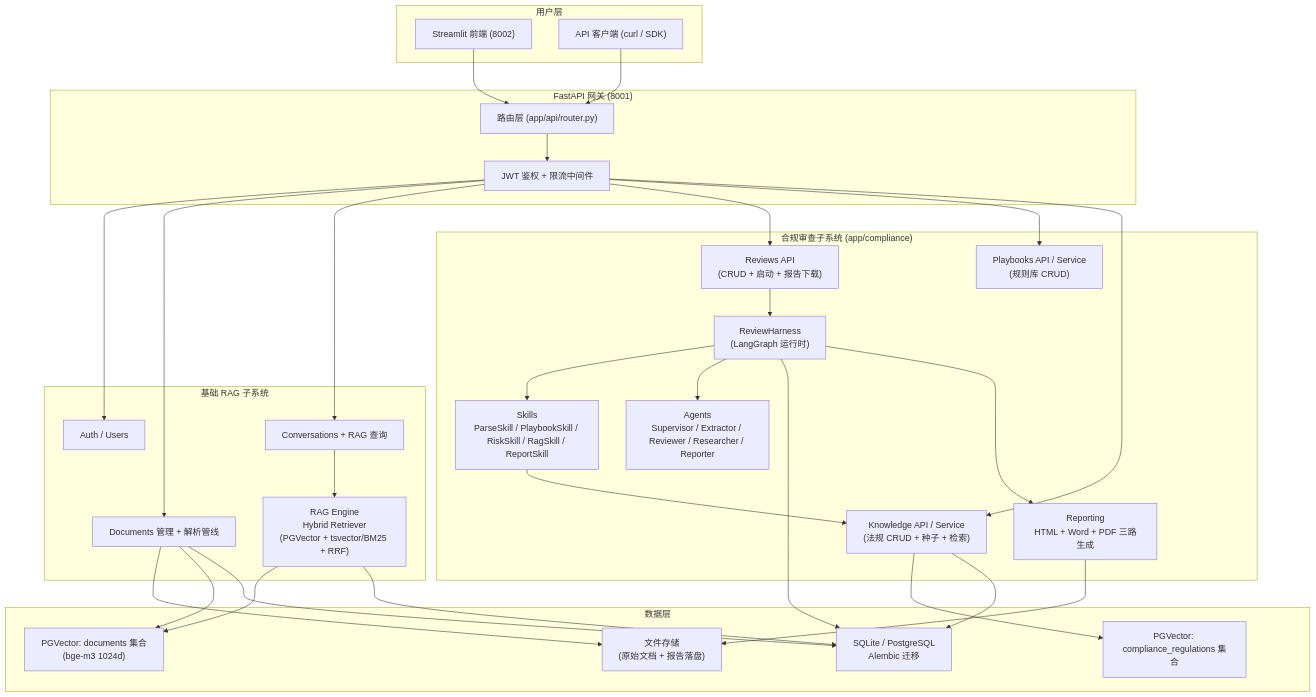
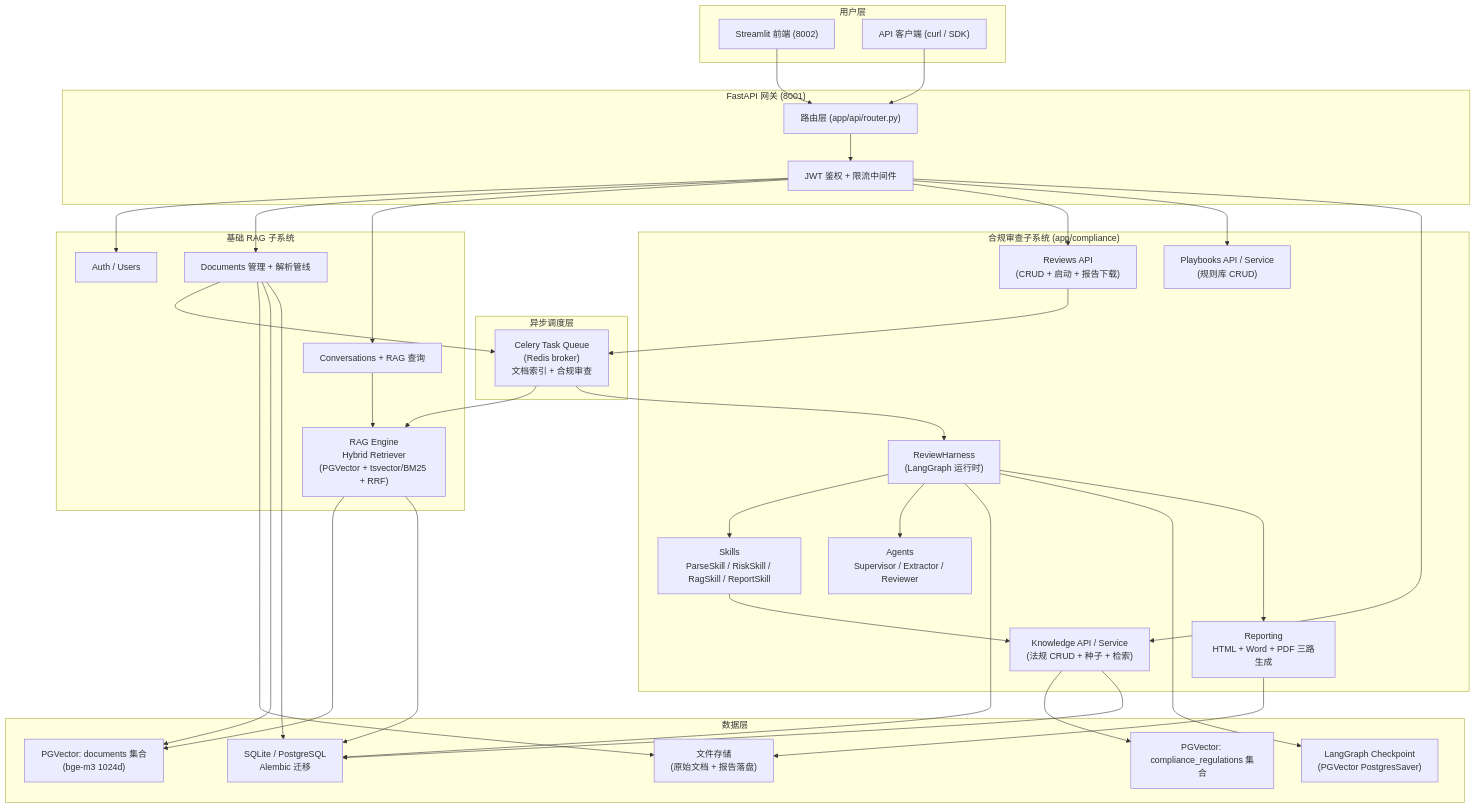
The first of 6 diagrams in README.md (zqc1661586344/zz-demand-system), drawn with Mermaid before and after one commit. The commit also changed other lines of this file, not shown here.

````diff
--- a/README.md
+++ b/README.md
@@ -75,56 +75,66 @@
 ```mermaid
 flowchart TD
     subgraph 用户层
         SL["Streamlit 前端 (8002)"]
         API_CLI["API 客户端 (curl / SDK)"]
     end
 
     subgraph "FastAPI 网关 (8001)"
         ROUTER["路由层 (app/api/router.py)"]
         JWT["JWT 鉴权 + 限流中间件"]
     end
 
     subgraph "基础 RAG 子系统"
         AUTH["Auth / Users"]
         DOCS["Documents 管理 + 解析管线"]
         CONV["Conversations + RAG 查询"]
         RAG_ENGINE["RAG Engine<br/>Hybrid Retriever<br/>(PGVector + tsvector/BM25 + RRF)"]
     end
 
+    subgraph "异步调度层"
+        CELERY["Celery Task Queue<br/>(Redis broker)<br/>文档索引 + 合规审查"]
+    end
+
     subgraph "合规审查子系统 (app/compliance)"
         REVIEW["Reviews API<br/>(CRUD + 启动 + 报告下载)"]
         PB["Playbooks API / Service<br/>(规则库 CRUD)"]
         KB["Knowledge API / Service<br/>(法规 CRUD + 种子 + 检索)"]
         HARNESS["ReviewHarness<br/>(LangGraph 运行时)"]
-        SKILLS["Skills<br/>ParseSkill / PlaybookSkill / RiskSkill / RagSkill / ReportSkill"]
-        AGENTS["Agents<br/>Supervisor / Extractor / Reviewer / Researcher / Reporter"]
+        SKILLS["Skills<br/>ParseSkill / RiskSkill / RagSkill / ReportSkill"]
+        AGENTS["Agents<br/>Supervisor / Extractor / Reviewer"]
         REPORT["Reporting<br/>HTML + Word + PDF 三路生成"]
     end
 
     subgraph "数据层"
         DB["SQLite / PostgreSQL<br/>Alembic 迁移"]
         VEC_DOC["PGVector: documents 集合<br/>(bge-m3 1024d)"]
         VEC_REG["PGVector: compliance_regulations 集合"]
         FILES["文件存储<br/>(原始文档 + 报告落盘)"]
+        CKP["LangGraph Checkpoint<br/>(PGVector PostgresSaver)"]
     end
 
     SL --> ROUTER
     API_CLI --> ROUTER
     ROUTER --> JWT
     JWT --> AUTH & DOCS & CONV & REVIEW & PB & KB
 
+    DOCS --> CELERY
+    REVIEW --> CELERY
+    CELERY --> RAG_ENGINE
+    CELERY --> HARNESS
+
     CONV --> RAG_ENGINE
     RAG_ENGINE --> VEC_DOC
     RAG_ENGINE --> DB
 
-    REVIEW --> HARNESS
     HARNESS --> SKILLS & AGENTS
     HARNESS --> DB
+    HARNESS --> CKP
     HARNESS --> REPORT
     SKILLS --> KB
     KB --> VEC_REG & DB
     REPORT --> FILES
 
     DOCS --> FILES
     DOCS --> VEC_DOC & DB
 ```
````
